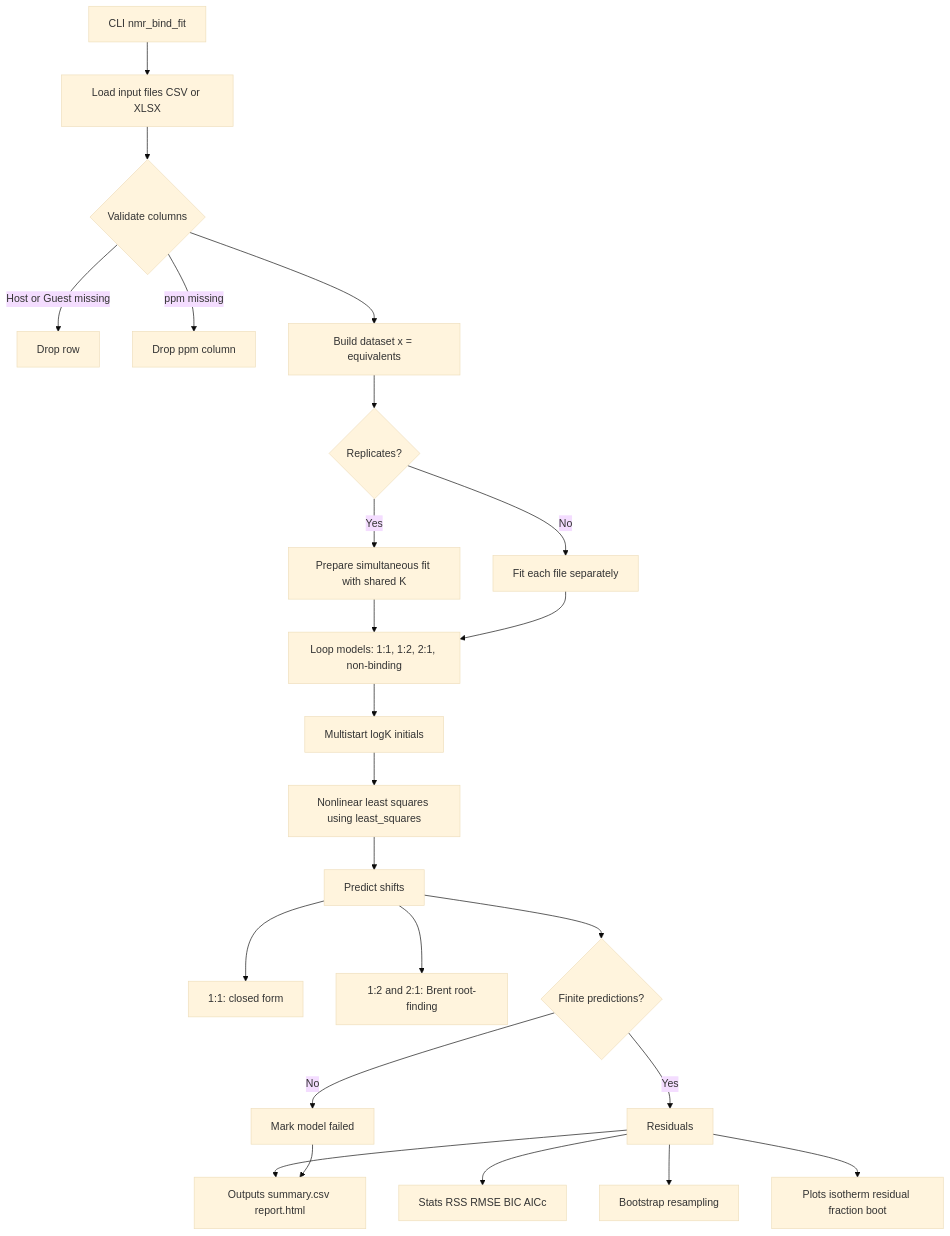
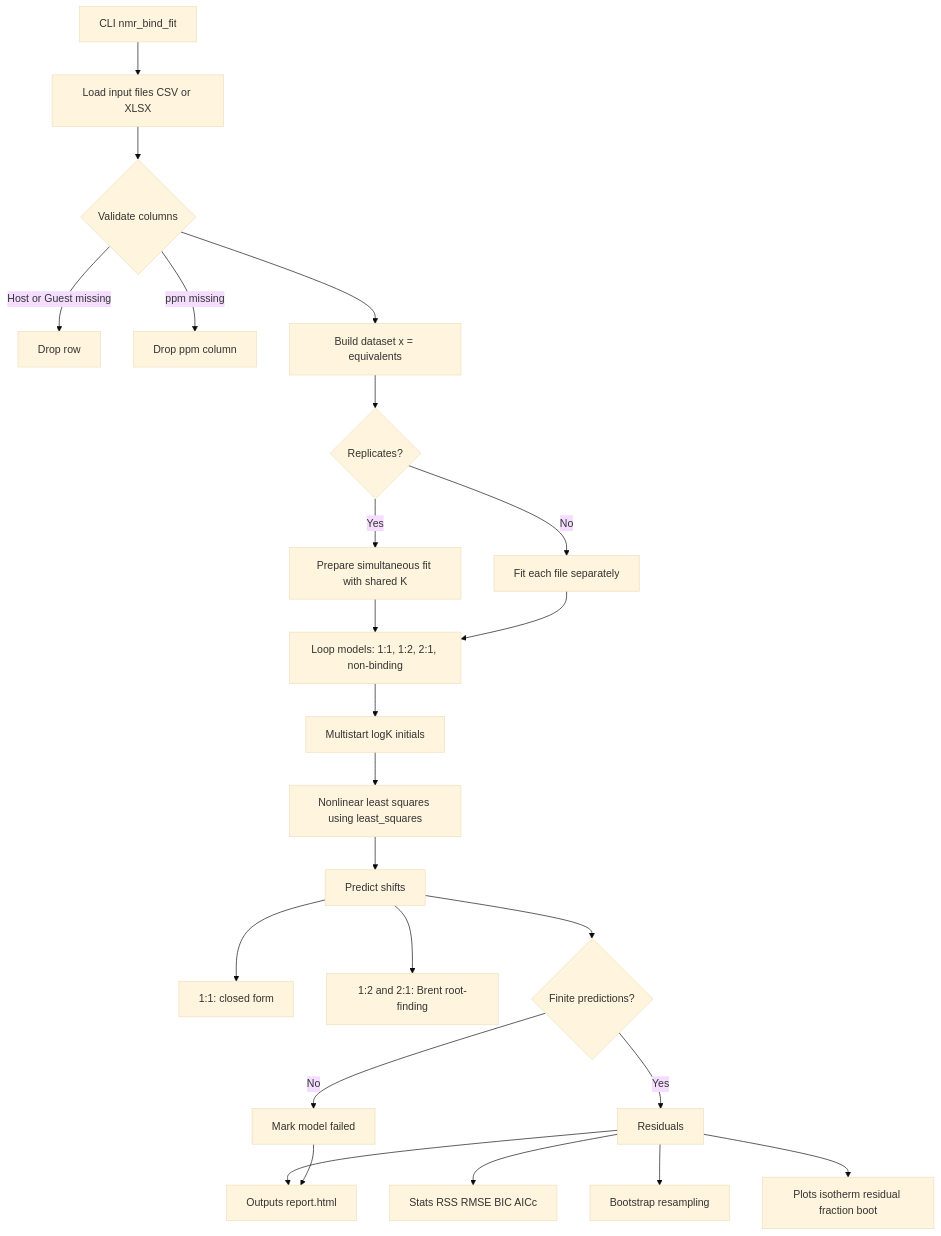
One commit to dhsohn/nmr_bind_fit changed the diagram in README.md. Above: the diagram before and after it, drawn with Mermaid (base theme). The commit also changed other lines of this file and 9 other files, not shown here.

First line of the commit message:
Stop writing summary.csv

````diff
--- a/README.md
+++ b/README.md
@@ -131,31 +130,31 @@
 ```mermaid
 flowchart TD
     A[CLI nmr_bind_fit] --> B[Load input files CSV or XLSX]
     B --> C{Validate columns}
     C -->|Host or Guest missing| C1[Drop row]
     C -->|ppm missing| C2[Drop ppm column]
     C --> D[Build dataset x = equivalents]
 
     D --> E{Replicates?}
     E -->|Yes| F[Prepare simultaneous fit with shared K]
     E -->|No| G[Fit each file separately]
 
     F --> H[Loop models: 1:1, 1:2, 2:1, non-binding]
     G --> H
 
     H --> I[Multistart logK initials]
     I --> J[Nonlinear least squares using least_squares]
     J --> K[Predict shifts]
     K --> K1[1:1: closed form]
     K --> K2[1:2 and 2:1: Brent root-finding]
     K --> L{Finite predictions?}
     L -->|No| L1[Mark model failed]
     L -->|Yes| M[Residuals]
 
     M --> N[Stats RSS RMSE BIC AICc]
     M --> O[Bootstrap resampling]
     M --> P[Plots isotherm residual fraction boot]
-    M --> Q[Outputs summary.csv report.html]
+    M --> Q[Outputs report.html]
 
     L1 --> Q
 ```
````
